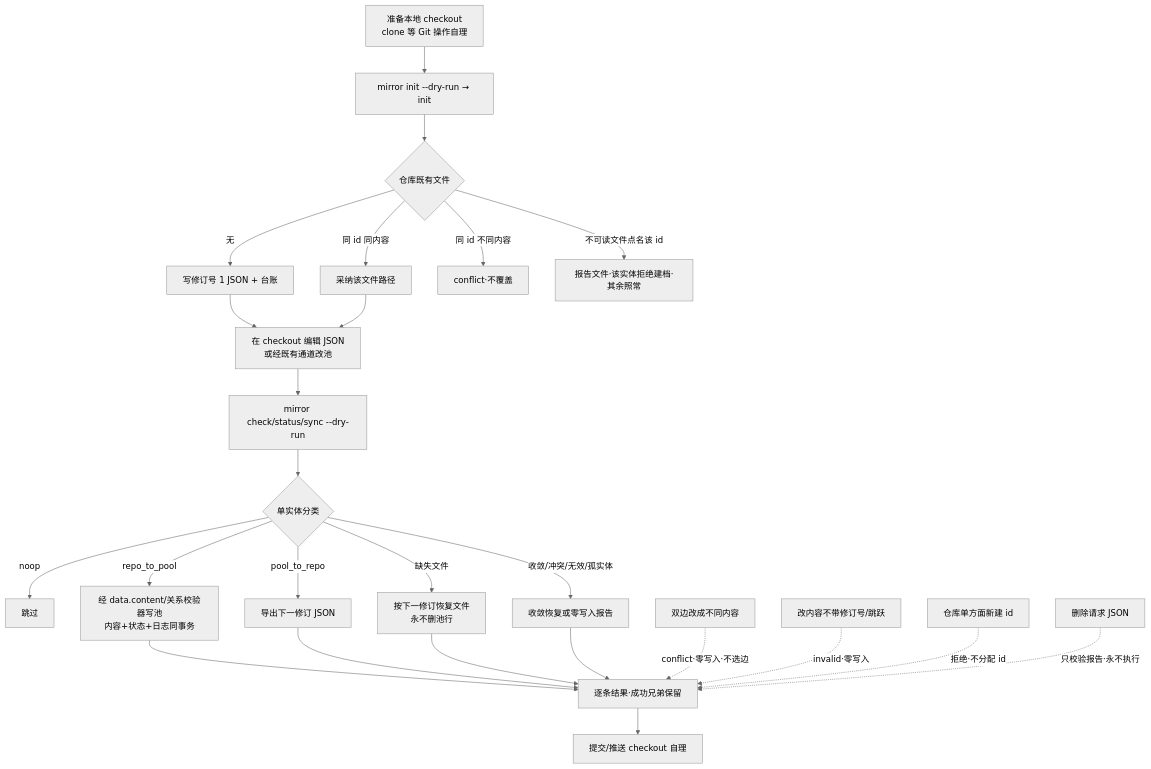
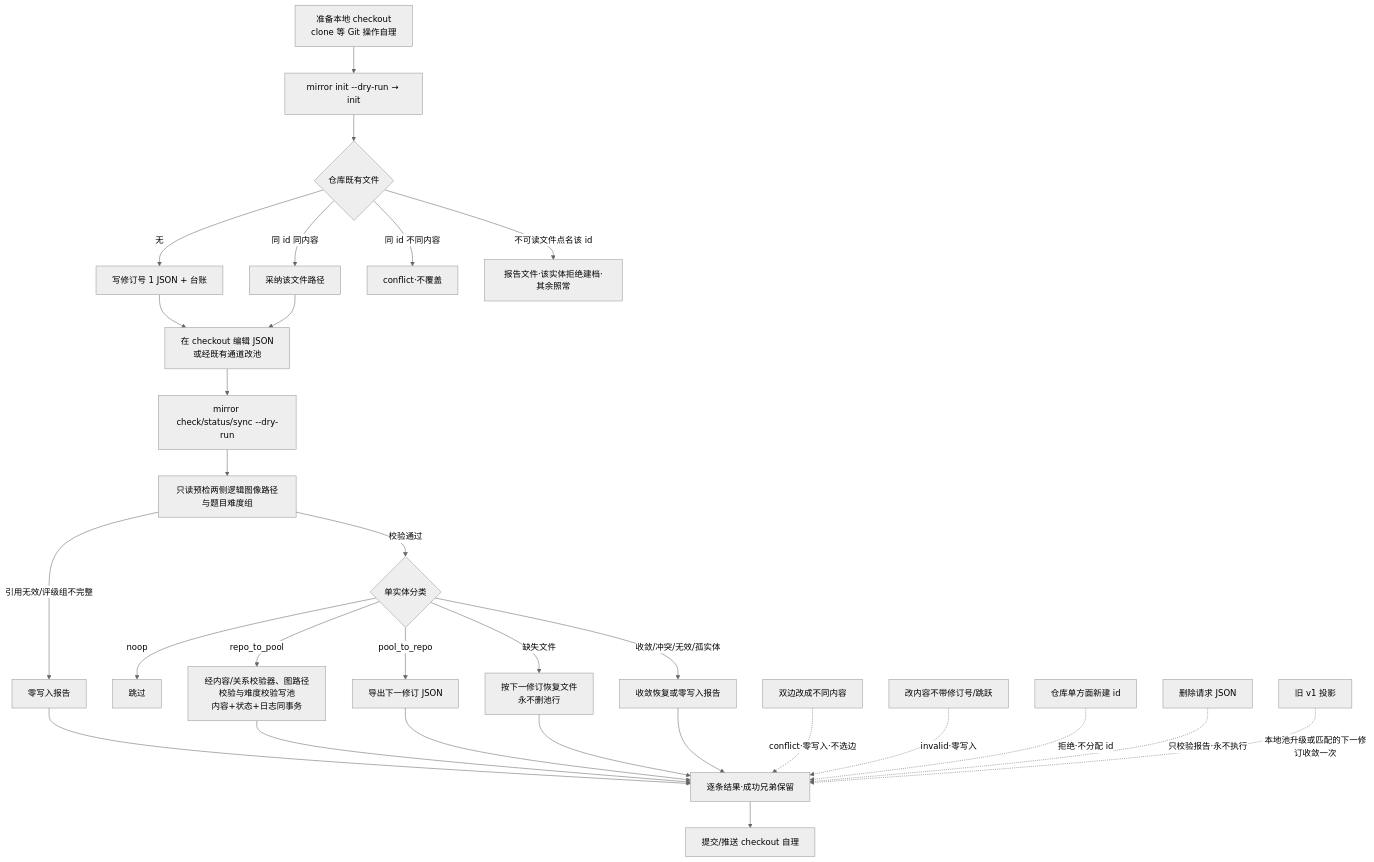
The ninth of 10 diagrams in docs/action-graph/L4-workflows.md (Amazinnn/Lesson-Kit), drawn with Mermaid (neutral theme) before and after one commit. The commit also changed other lines of this file and 13 other files, not shown here.

````diff
--- a/docs/action-graph/L4-workflows.md
+++ b/docs/action-graph/L4-workflows.md
@@ -246,27 +246,31 @@
 ```mermaid
 flowchart TD
   A[准备本地 checkout<br/>clone 等 Git 操作自理] --> B[mirror init --dry-run → init]
   B --> C{仓库既有文件}
   C -- 无 --> D[写修订号 1 JSON + 台账]
   C -- 同 id 同内容 --> E[采纳该文件路径]
   C -- 同 id 不同内容 --> F[conflict·不覆盖]
   C -- 不可读文件点名该 id --> G[报告文件·该实体拒绝建档·其余照常]
   D --> H[在 checkout 编辑 JSON<br/>或经既有通道改池]
   E --> H
   H --> I[mirror check/status/sync --dry-run]
-  I --> J{单实体分类}
+  I --> I1[只读预检两侧逻辑图像路径与题目难度组]
+  I1 -- 引用无效/评级组不完整 --> O1[零写入报告]
+  O1 --> P
+  I1 -- 校验通过 --> J{单实体分类}
   J -- noop --> K[跳过]
-  J -- repo_to_pool --> L[经 data.content/关系校验器写池<br/>内容+状态+日志同事务]
+  J -- repo_to_pool --> L[经内容/关系校验器、图路径校验与难度校验写池<br/>内容+状态+日志同事务]
   J -- pool_to_repo --> M[导出下一修订 JSON]
   J -- 缺失文件 --> N[按下一修订恢复文件<br/>永不删池行]
   J -- 收敛/冲突/无效/孤实体 --> O[收敛恢复或零写入报告]
   L --> P[逐条结果·成功兄弟保留]
   M --> P
   N --> P
   O --> P
   P --> Q[提交/推送 checkout 自理]
   X1[双边改成不同内容] -.conflict·零写入·不选边.-> P
   X2[改内容不带修订号/跳跃] -.invalid·零写入.-> P
   X3[仓库单方面新建 id] -.拒绝·不分配 id.-> P
   X4[删除请求 JSON] -.只校验报告·永不执行.-> P
+  X5[旧 v1 投影] -.本地池升级或匹配的下一修订收敛一次.-> P
 ```
````
